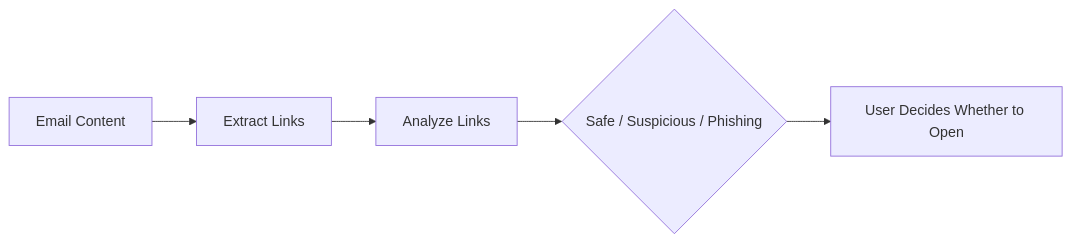
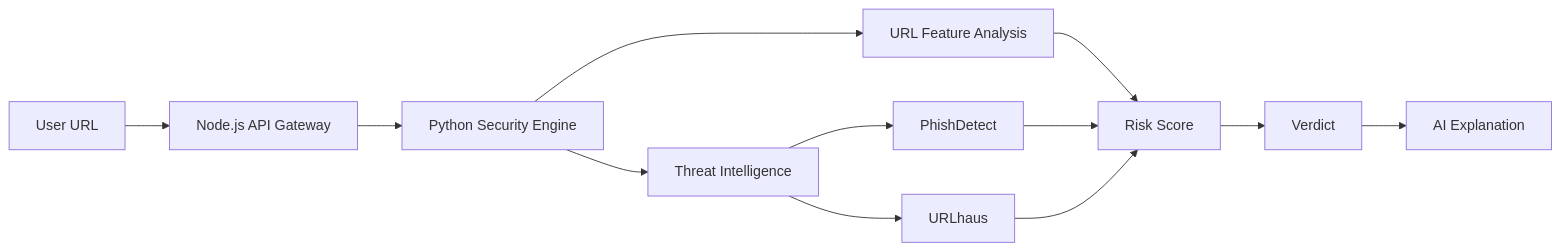
Before and after one commit to Satyamtiwari23/CyberSheild_Hub: the second of 5 diagrams in README.md, drawn with Mermaid. The commit also changed other lines of this file, not shown here.

````diff
--- a/README.md
+++ b/README.md
@@ -59,7 +80,14 @@
 ```mermaid
 flowchart LR
-  A[Email Content] --> B[Extract Links]
-  B --> C[Analyze Links]
-  C --> D{Safe / Suspicious / Phishing}
-  D --> E[User Decides Whether to Open]
+  A[User URL] --> B[Node.js API Gateway]
+  B --> C[Python Security Engine]
+  C --> D[URL Feature Analysis]
+  C --> E[Threat Intelligence]
+  E --> F[PhishDetect]
+  E --> G[URLhaus]
+  D --> H[Risk Score]
+  F --> H
+  G --> H
+  H --> I[Verdict]
+  I --> J[AI Explanation]
 ```
````
